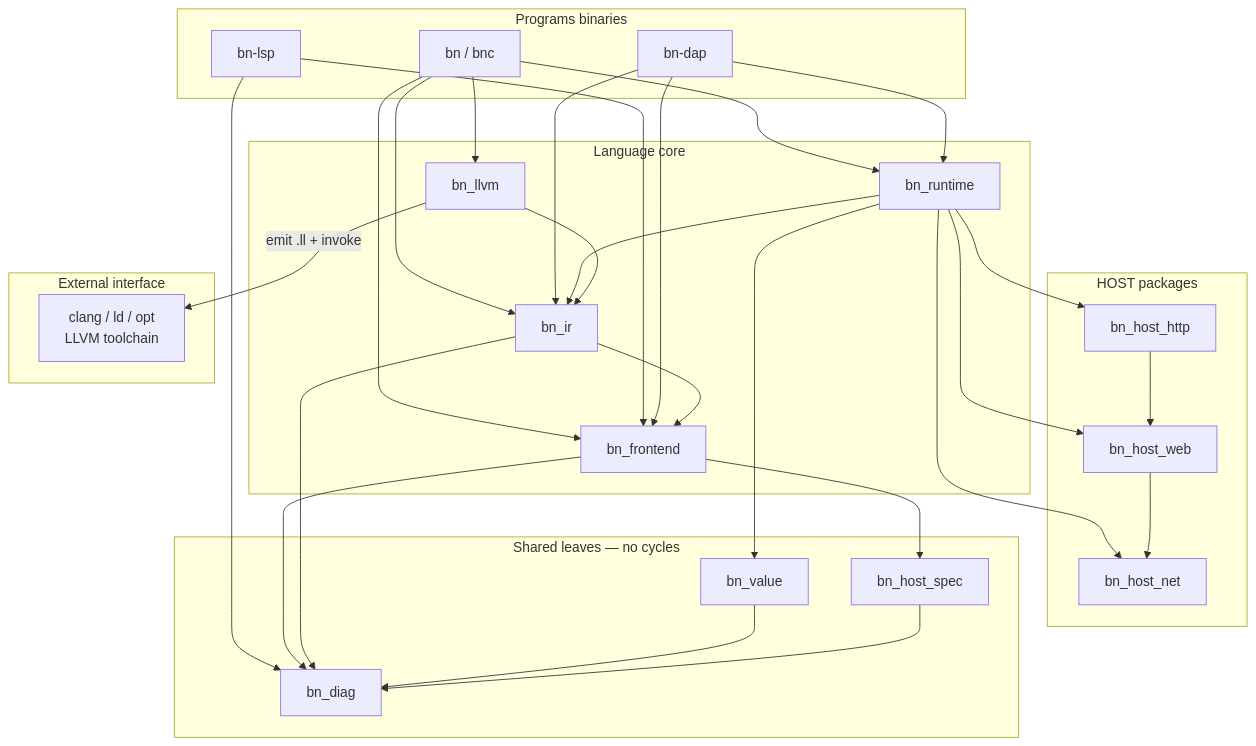
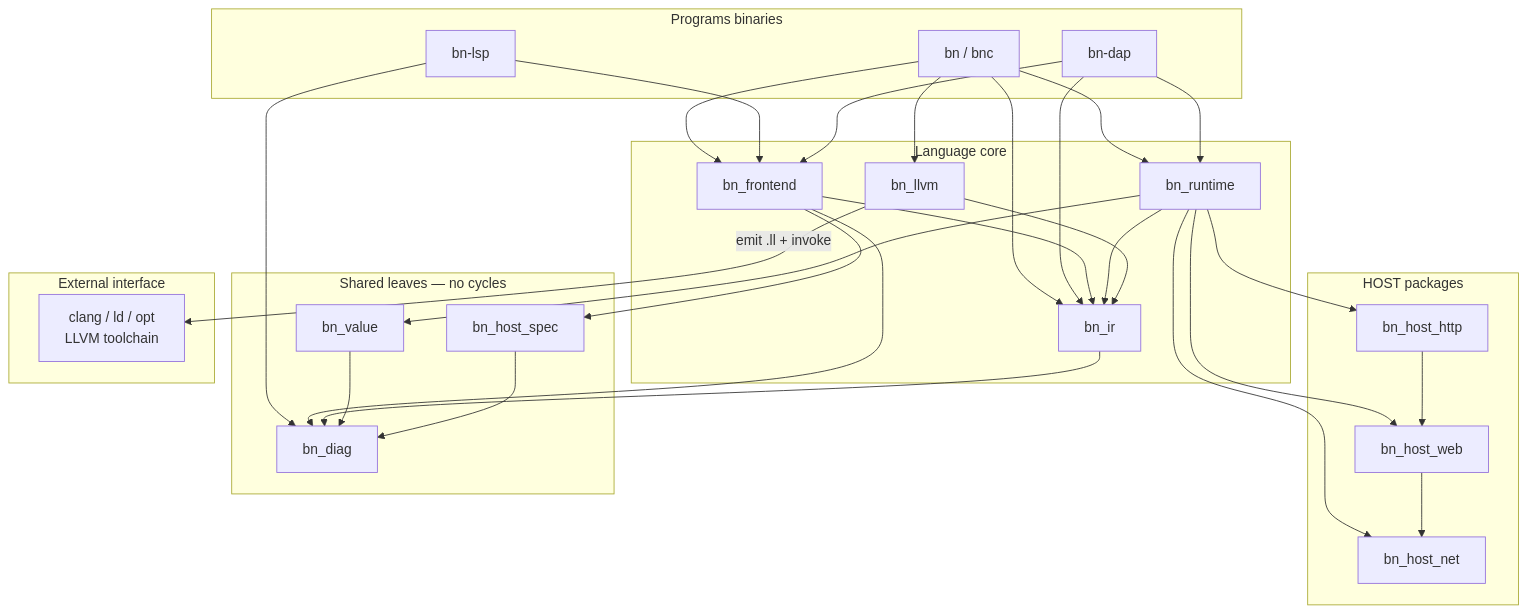
One commit to cquintella/BasicNext changed the fourth of 10 diagrams in docs/architecture/target-architecture.md. Above: the diagram before and after it, drawn with Mermaid. The commit also changed other lines of this file and 191 other files, not shown here.

````diff
--- a/docs/architecture/target-architecture.md
+++ b/docs/architecture/target-architecture.md
@@ -116,51 +116,51 @@
 ```mermaid
 flowchart TB
   subgraph bins["Programs binaries"]
     BNcli["bn / bnc"]
     BNlsp["bn-lsp"]
     BNdap["bn-dap"]
   end
   subgraph mid["Language core"]
     FE3["bn_frontend"]
     IR3["bn_ir"]
     RT3["bn_runtime"]
     LLVM3["bn_llvm"]
   end
   subgraph host["HOST packages"]
     HN["bn_host_net"]
     HW["bn_host_web"]
     HH["bn_host_http"]
   end
   subgraph leaves["Shared leaves — no cycles"]
     DIAG["bn_diag"]
     VAL["bn_value"]
     SPEC["bn_host_spec"]
   end
   subgraph ext["External interface"]
     CLANG["clang / ld / opt<br/>LLVM toolchain"]
   end
   BNcli --> FE3
   BNcli --> IR3
   BNcli --> RT3
   BNcli --> LLVM3
   BNlsp --> FE3
   BNlsp --> DIAG
   BNdap --> FE3
   BNdap --> IR3
   BNdap --> RT3
   FE3 --> DIAG
   FE3 --> SPEC
-  IR3 --> FE3
+  FE3 --> IR3
   IR3 --> DIAG
   RT3 --> IR3
   RT3 --> VAL
   RT3 --> HN
   RT3 --> HH
   RT3 --> HW
   LLVM3 --> IR3
   LLVM3 -->|emit .ll + invoke| CLANG
   HH --> HW
   HW --> HN
   VAL --> DIAG
   SPEC --> DIAG
 ```
````
